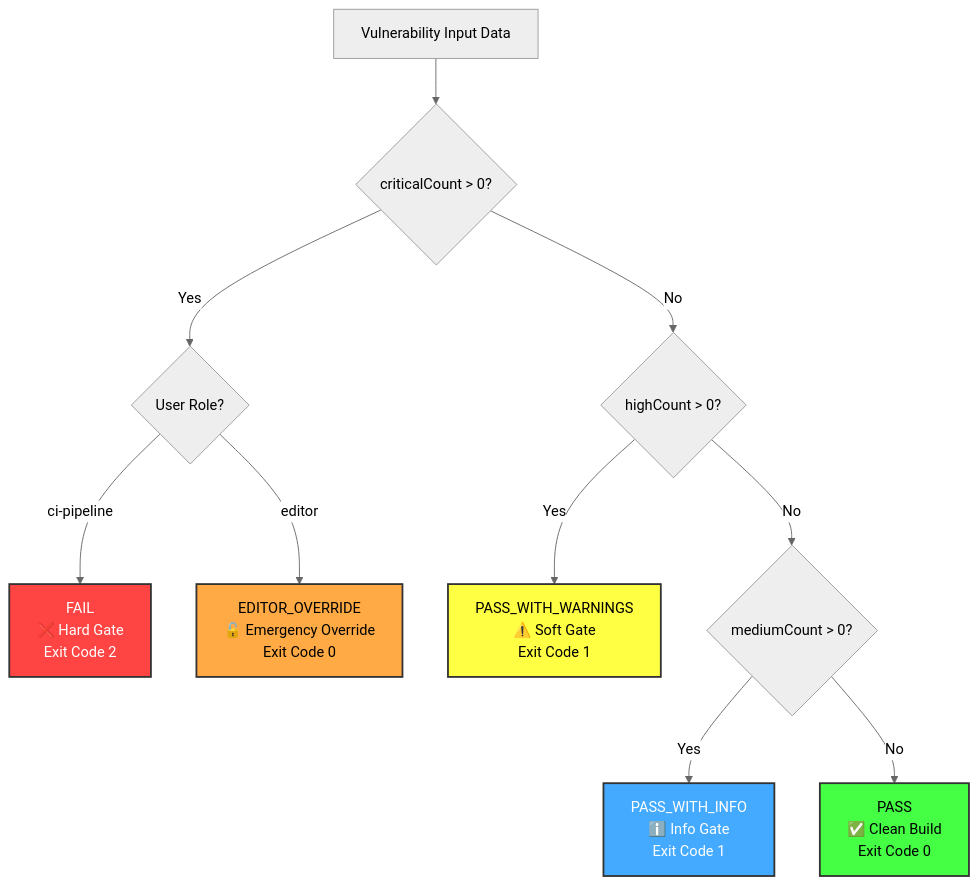
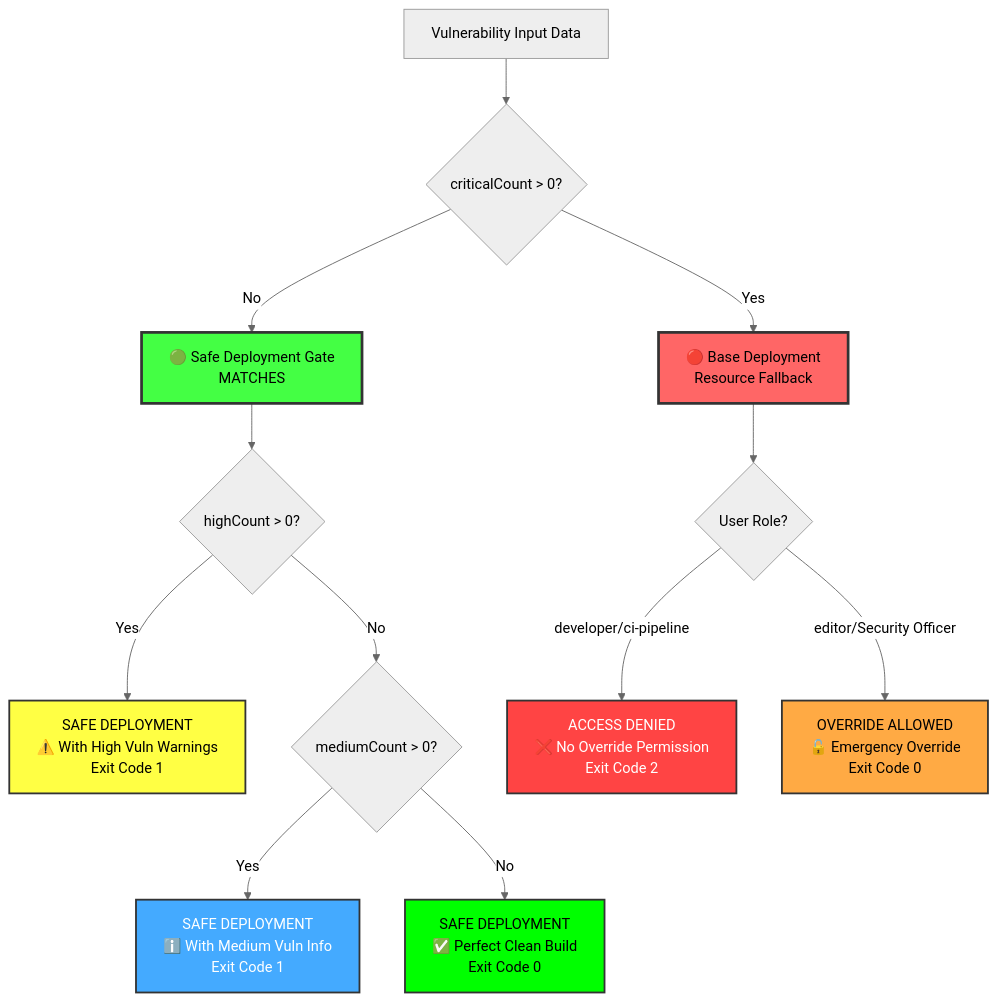
One commit to AndreaRamirez17/POC_bckup changed the seventh of 7 diagrams in permit-gating/docs/diagrams/gate-decision-matrix.md. Above: the diagram before and after it, drawn with Mermaid (neutral theme). The commit also changed other lines of this file and 11 other files, not shown here.

First line of the commit message:
Implement Safe Deployment Gate with dynamic role assignment and optimized architecture

````diff
--- a/permit-gating/docs/diagrams/gate-decision-matrix.md
+++ b/permit-gating/docs/diagrams/gate-decision-matrix.md
@@ -283,21 +266,24 @@
 ```mermaid
 flowchart TD
     Input[Vulnerability Input Data] --> Critical{criticalCount > 0?}
     
-    Critical -->|Yes| RoleCheck{User Role?}
-    RoleCheck -->|ci-pipeline| Fail[FAIL<br/>❌ Hard Gate<br/>Exit Code 2]
-    RoleCheck -->|editor| Override[EDITOR_OVERRIDE<br/>🔓 Emergency Override<br/>Exit Code 0]
+    Critical -->|No| SafeGate[🟢 Safe Deployment Gate<br/>MATCHES]    
+    SafeGate --> High{highCount > 0?}
+    High -->|Yes| SafeWarning[SAFE DEPLOYMENT<br/>⚠️ With High Vuln Warnings<br/>Exit Code 1]
+    High -->|No| Medium{mediumCount > 0?}
+    Medium -->|Yes| SafeInfo[SAFE DEPLOYMENT<br/>ℹ️ With Medium Vuln Info<br/>Exit Code 1]
+    Medium -->|No| SafeClean[SAFE DEPLOYMENT<br/>✅ Perfect Clean Build<br/>Exit Code 0]
     
-    Critical -->|No| High{highCount > 0?}
-    High -->|Yes| Warning[PASS_WITH_WARNINGS<br/>⚠️ Soft Gate<br/>Exit Code 1]
-    High -->|No| Medium{mediumCount > 0?}
+    Critical -->|Yes| BaseResource[🔴 Base Deployment<br/>Resource Fallback]
+    BaseResource --> RoleCheck{User Role?}
+    RoleCheck -->|developer/ci-pipeline| Denied[ACCESS DENIED<br/>❌ No Override Permission<br/>Exit Code 2]
+    RoleCheck -->|editor/Security Officer| Override[OVERRIDE ALLOWED<br/>🔓 Emergency Override<br/>Exit Code 0]
     
-    Medium -->|Yes| Info[PASS_WITH_INFO<br/>ℹ️ Info Gate<br/>Exit Code 1]
-    Medium -->|No| Clean[PASS<br/>✅ Clean Build<br/>Exit Code 0]
-    
-    style Fail fill:#ff4444,stroke:#333,stroke-width:2px,color:#fff
+    style SafeGate fill:#44ff44,stroke:#333,stroke-width:3px
+    style BaseResource fill:#ff6666,stroke:#333,stroke-width:3px
+    style Denied fill:#ff4444,stroke:#333,stroke-width:2px,color:#fff
     style Override fill:#ffaa44,stroke:#333,stroke-width:2px
-    style Warning fill:#ffff44,stroke:#333,stroke-width:2px
-    style Info fill:#44aaff,stroke:#333,stroke-width:2px,color:#fff
-    style Clean fill:#44ff44,stroke:#333,stroke-width:2px
+    style SafeWarning fill:#ffff44,stroke:#333,stroke-width:2px
+    style SafeInfo fill:#44aaff,stroke:#333,stroke-width:2px,color:#fff
+    style SafeClean fill:#00ff00,stroke:#333,stroke-width:2px
 ```
````
